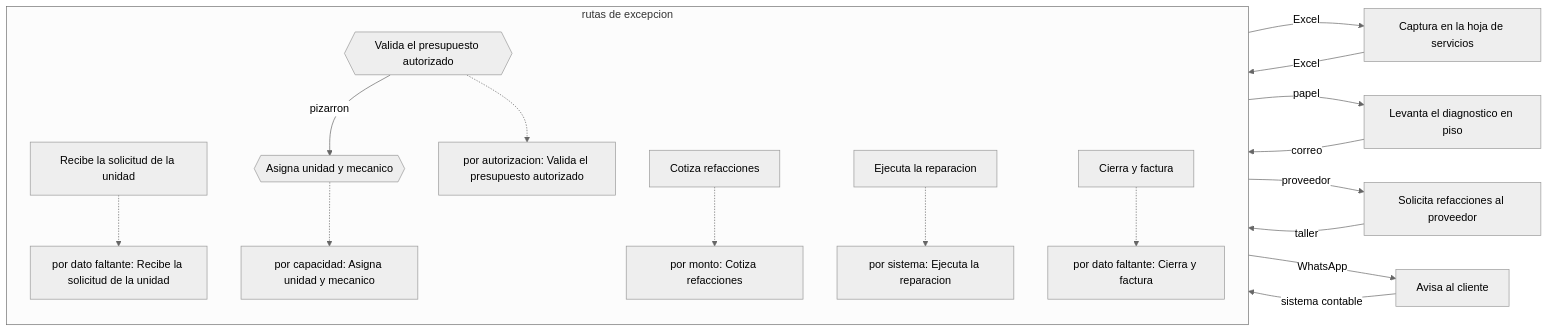
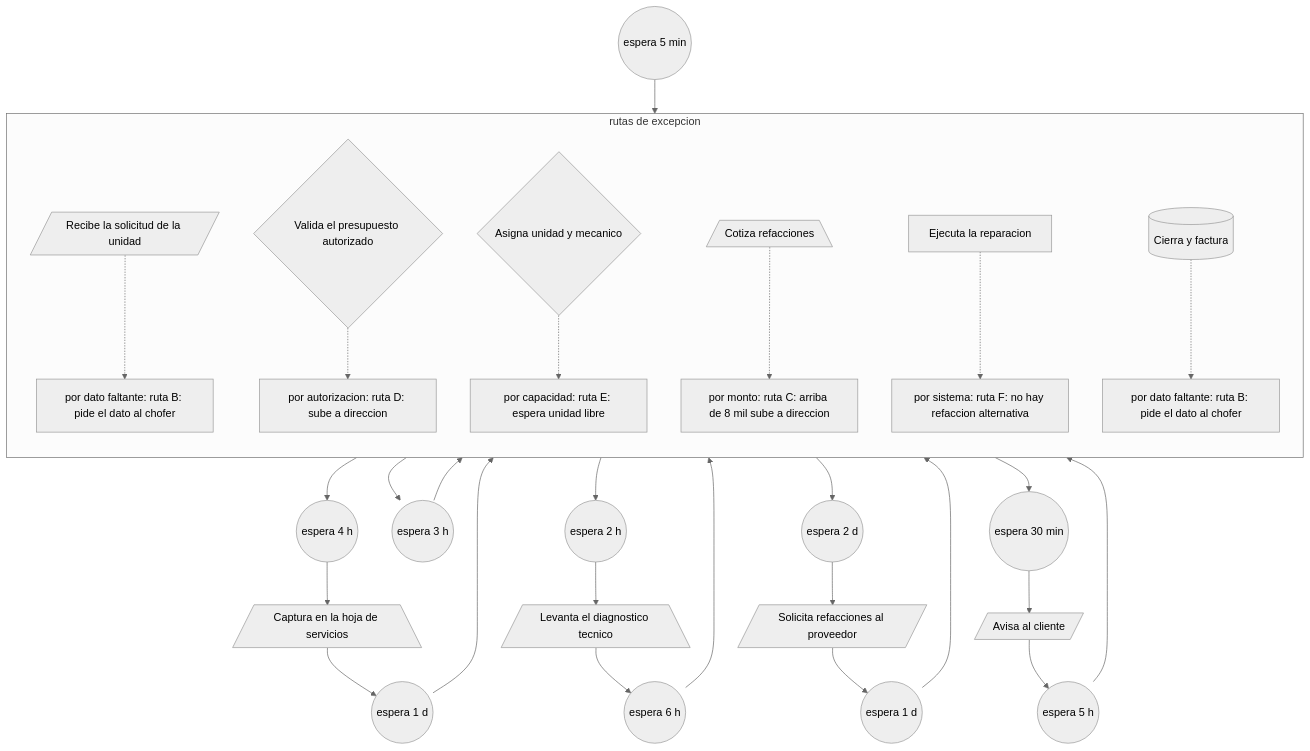
Before and after one commit to ZarFer03/plano-real: the diagram in examples/expediente-ejemplo/04_plano-real.md, drawn with Mermaid (neutral theme). The commit also changed other lines of this file and 6 other files, not shown here.

````diff
--- a/examples/expediente-ejemplo/04_plano-real.md
+++ b/examples/expediente-ejemplo/04_plano-real.md
@@ -23,37 +23,57 @@
 ```mermaid
-flowchart LR
-  n1["Recibe la solicitud de la unidad"]
-  n2["Captura en la hoja de servicios"]
-  n3{{"Valida el presupuesto autorizado"}}
-  n4{{"Asigna unidad y mecanico"}}
-  n5["Levanta el diagnostico en piso"]
-  n6["Cotiza refacciones"]
-  n7["Solicita refacciones al proveedor"]
-  n8["Ejecuta la reparacion"]
-  n9["Avisa al cliente"]
-  n10["Cierra y factura"]
-  n1 -->|Excel| n2
-  n2 -->|Excel| n3
-  n3 -->|pizarron| n4
-  n4 -->|papel| n5
-  n5 -->|correo| n6
-  n6 -->|proveedor| n7
-  n7 -->|taller| n8
-  n8 -->|WhatsApp| n9
-  n9 -->|sistema contable| n10
+flowchart TB
+  w0(("espera 5 min"))
+  n0[/"Recibe la solicitud de la unidad"/]
+  w1(("espera 4 h"))
+  n1[/"Captura en la hoja de servicios"\]
+  w2(("espera 1 d"))
+  n2{"Valida el presupuesto autorizado"}
+  w3(("espera 3 h"))
+  n3{"Asigna unidad y mecanico"}
+  w4(("espera 2 h"))
+  n4[/"Levanta el diagnostico tecnico"\]
+  w5(("espera 6 h"))
+  n5[/"Cotiza refacciones"\]
+  w6(("espera 2 d"))
+  n6[/"Solicita refacciones al proveedor"/]
+  w7(("espera 1 d"))
+  n7["Ejecuta la reparacion"]
+  w8(("espera 30 min"))
+  n8[/"Avisa al cliente"/]
+  w9(("espera 5 h"))
+  n9[("Cierra y factura")]
+  w0 --> n0
+  n0 --> w1
+  w1 --> n1
+  n1 --> w2
+  w2 --> n2
+  n2 --> w3
+  w3 --> n3
+  n3 --> w4
+  w4 --> n4
+  n4 --> w5
+  w5 --> n5
+  n5 --> w6
+  w6 --> n6
+  n6 --> w7
+  w7 --> n7
+  n7 --> w8
+  w8 --> n8
+  n8 --> w9
+  w9 --> n9
   subgraph rutas de excepcion
     direction TB
-    e1["por dato faltante: Recibe la solicitud de la unidad"]
-    n1 -.-> e1
-    e3["por autorizacion: Valida el presupuesto autorizado"]
+    e0["por dato faltante: ruta B: pide el dato al chofer"]
+    n0 -.-> e0
+    e2["por autorizacion: ruta D: sube a direccion"]
+    n2 -.-> e2
+    e3["por capacidad: ruta E: espera unidad libre"]
     n3 -.-> e3
-    e4["por capacidad: Asigna unidad y mecanico"]
-    n4 -.-> e4
-    e6["por monto: Cotiza refacciones"]
-    n6 -.-> e6
-    e8["por sistema: Ejecuta la reparacion"]
-    n8 -.-> e8
-    e10["por dato faltante: Cierra y factura"]
-    n10 -.-> e10
+    e5["por monto: ruta C: arriba de 8 mil sube a direccion"]
+    n5 -.-> e5
+    e7["por sistema: ruta F: no hay refaccion alternativa"]
+    n7 -.-> e7
+    e9["por dato faltante: ruta B: pide el dato al chofer"]
+    n9 -.-> e9
   end
 ```
````
